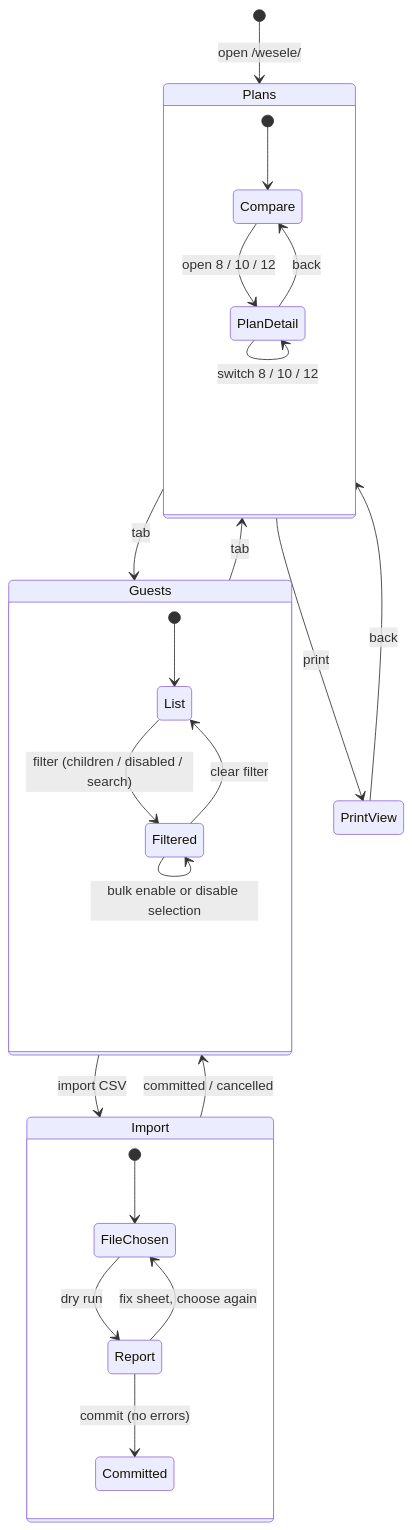
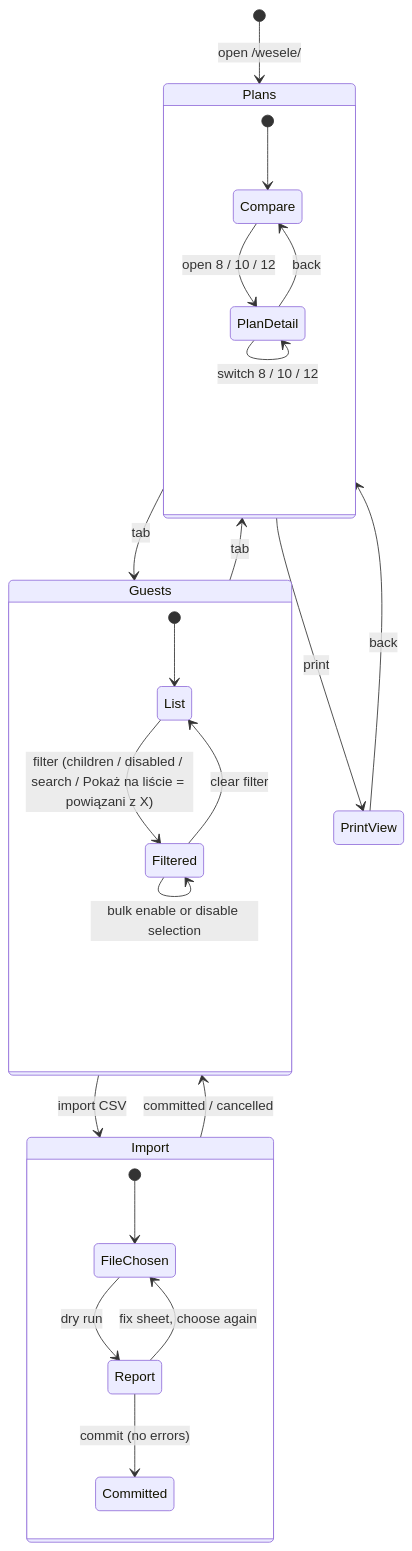
One commit to emicon123/wedding-seating-planner changed the fourth of 4 diagrams in docs/architecture/diagrams/001-state-machine.md. Above: the diagram before and after it, drawn with Mermaid. The commit also changed other lines of this file and 24 other files, not shown here.

````diff
--- a/docs/architecture/diagrams/001-state-machine.md
+++ b/docs/architecture/diagrams/001-state-machine.md
@@ -131,28 +141,28 @@
 ```mermaid
 stateDiagram-v2
     [*] --> Plans: open /wesele/
     Plans --> Guests: tab
     Guests --> Plans: tab
     Guests --> Import: import CSV
     state Import {
         [*] --> FileChosen
         FileChosen --> Report: dry run
         Report --> FileChosen: fix sheet, choose again
         Report --> Committed: commit (no errors)
     }
     Import --> Guests: committed / cancelled
     Plans --> PrintView: print
     PrintView --> Plans: back
     state Plans {
         [*] --> Compare
         Compare --> PlanDetail: open 8 / 10 / 12
         PlanDetail --> Compare: back
         PlanDetail --> PlanDetail: switch 8 / 10 / 12
     }
     state Guests {
         [*] --> List
-        List --> Filtered: filter (children / disabled / search)
+        List --> Filtered: filter (children / disabled / search / Pokaż na liście = powiązani z X)
         Filtered --> List: clear filter
         Filtered --> Filtered: bulk enable or disable selection
     }
 ```
````
